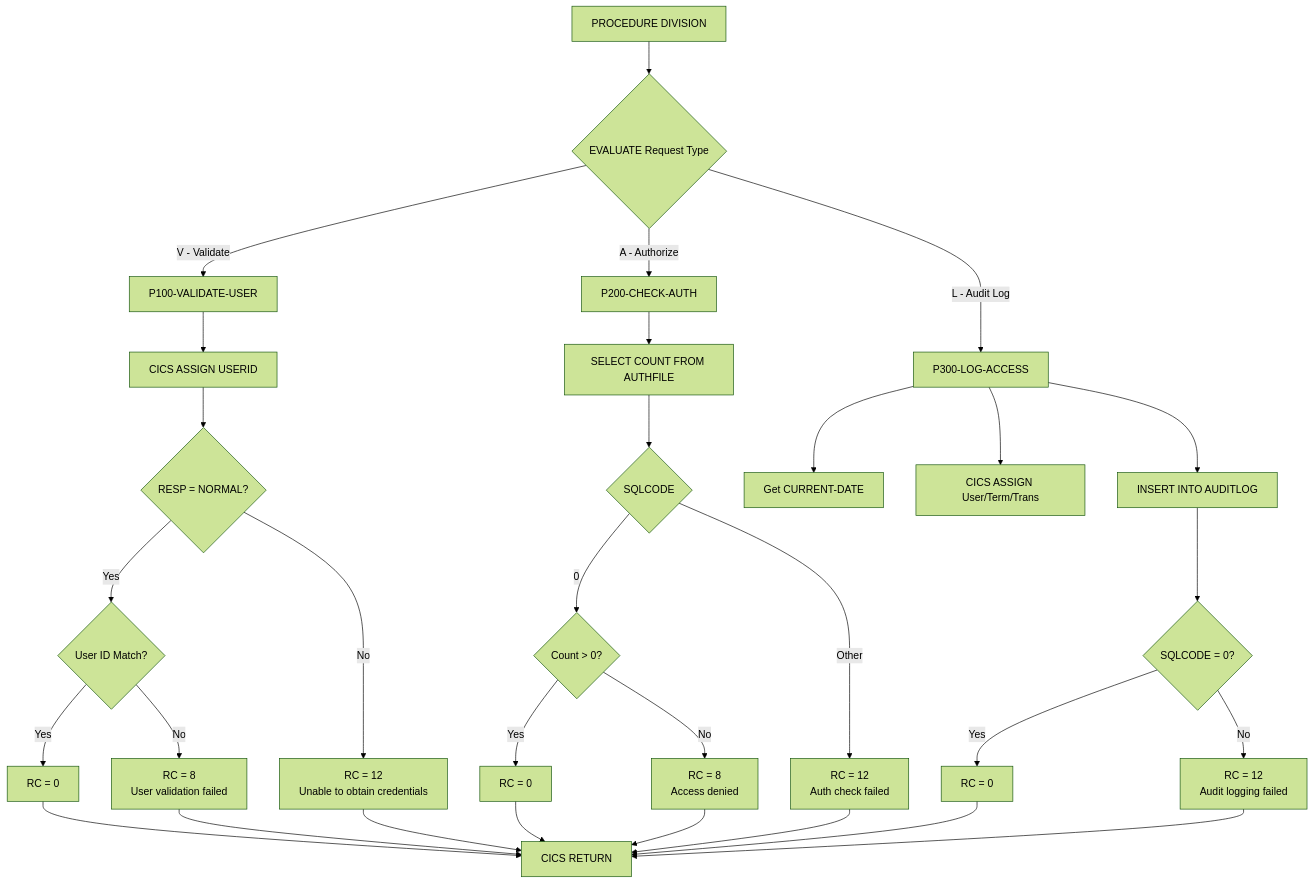
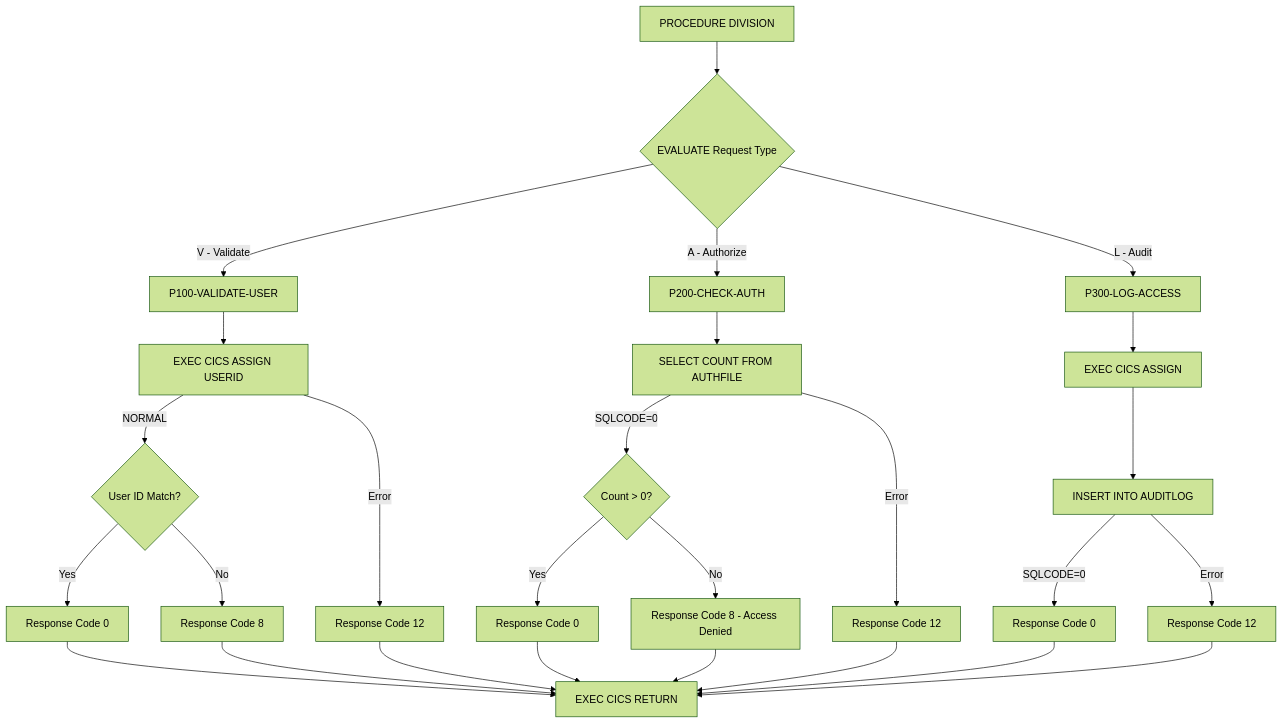
The diagram in docs/programs/SECMGR.mdx (haladir-com/legacy-benchmark-docs-vb70e1), drawn with Mermaid (forest theme) before and after one commit. The commit also changed other lines of this file and 63 other files, not shown here.

````diff
--- a/docs/programs/SECMGR.mdx
+++ b/docs/programs/SECMGR.mdx
@@ -16,37 +19,33 @@
 ```mermaid
 graph TD
     A[PROCEDURE DIVISION] --> B{EVALUATE Request Type}
     B -->|V - Validate| C[P100-VALIDATE-USER]
     B -->|A - Authorize| D[P200-CHECK-AUTH]
-    B -->|L - Audit Log| E[P300-LOG-ACCESS]
+    B -->|L - Audit| E[P300-LOG-ACCESS]
     
-    C --> C1[CICS ASSIGN USERID]
-    C1 --> C2{RESP = NORMAL?}
-    C2 -->|Yes| C3{User ID Match?}
-    C3 -->|Yes| C4[RC = 0]
-    C3 -->|No| C5[RC = 8<br/>User validation failed]
-    C2 -->|No| C6[RC = 12<br/>Unable to obtain credentials]
+    C --> C1[EXEC CICS ASSIGN USERID]
+    C1 -->|NORMAL| C2{User ID Match?}
+    C2 -->|Yes| C3[Response Code 0]
+    C2 -->|No| C4[Response Code 8]
+    C1 -->|Error| C5[Response Code 12]
     
     D --> D1[SELECT COUNT FROM AUTHFILE]
-    D1 --> D2{SQLCODE}
-    D2 -->|0| D3{Count > 0?}
-    D3 -->|Yes| D4[RC = 0]
-    D3 -->|No| D5[RC = 8<br/>Access denied]
-    D2 -->|Other| D6[RC = 12<br/>Auth check failed]
+    D1 -->|SQLCODE=0| D2{Count > 0?}
+    D2 -->|Yes| D3[Response Code 0]
+    D2 -->|No| D4[Response Code 8 - Access Denied]
+    D1 -->|Error| D5[Response Code 12]
     
-    E --> E1[Get CURRENT-DATE]
-    E --> E2[CICS ASSIGN User/Term/Trans]
-    E --> E3[INSERT INTO AUDITLOG]
-    E3 --> E4{SQLCODE = 0?}
-    E4 -->|Yes| E5[RC = 0]
-    E4 -->|No| E6[RC = 12<br/>Audit logging failed]
+    E --> E1[EXEC CICS ASSIGN]
+    E1 --> E2[INSERT INTO AUDITLOG]
+    E2 -->|SQLCODE=0| E3[Response Code 0]
+    E2 -->|Error| E4[Response Code 12]
     
-    C4 --> F[CICS RETURN]
-    C5 --> F
-    C6 --> F
-    D4 --> F
-    D5 --> F
-    D6 --> F
-    E5 --> F
-    E6 --> F
+    C3 --> Z[EXEC CICS RETURN]
+    C4 --> Z
+    C5 --> Z
+    D3 --> Z
+    D4 --> Z
+    D5 --> Z
+    E3 --> Z
+    E4 --> Z
 ```
````
